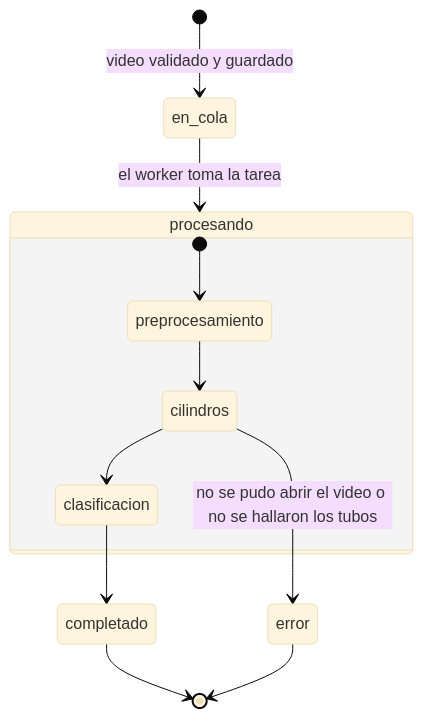
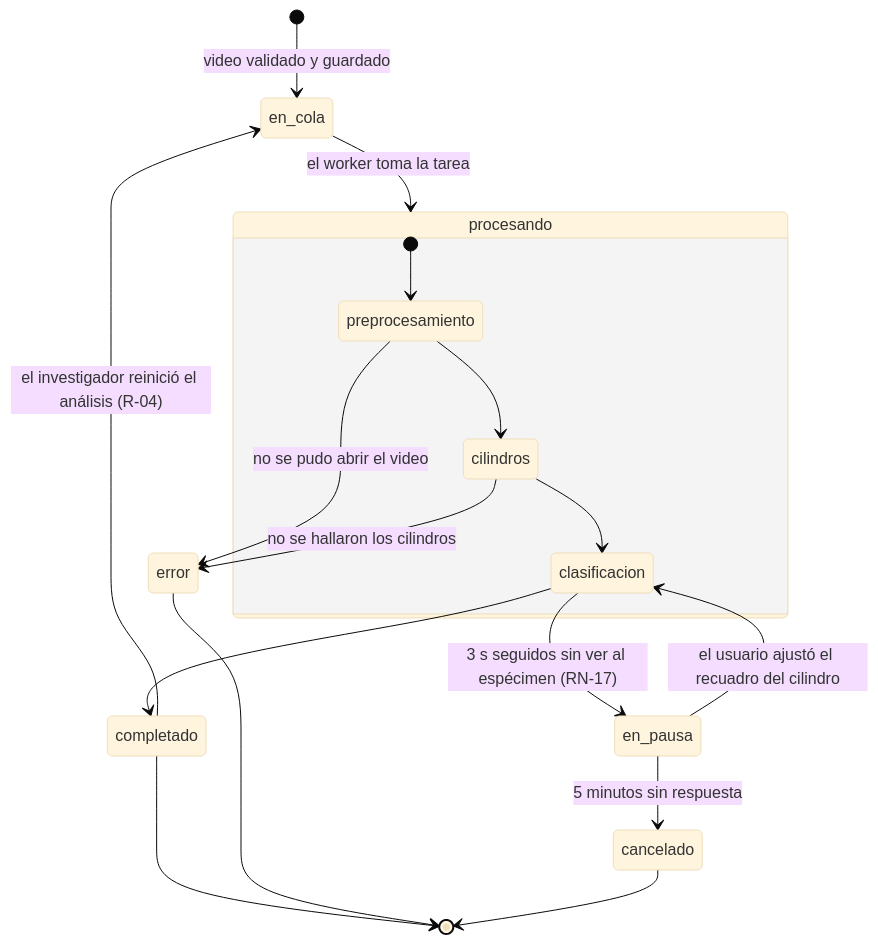
Before and after one commit to ErickJester/fst-ai-system-latex: the second of 38 diagrams in INSTRUCCIONES-WEB.md, drawn with Mermaid (base theme). The commit also changed other lines of this file and 30 other files, not shown here.

````diff
--- a/INSTRUCCIONES-WEB.md
+++ b/INSTRUCCIONES-WEB.md
@@ -171,14 +203,20 @@
 ```mermaid
 stateDiagram-v2
   [*] --> en_cola: video validado y guardado
   en_cola --> procesando: el worker toma la tarea
   state procesando {
     [*] --> preprocesamiento
     preprocesamiento --> cilindros
     cilindros --> clasificacion
   }
-  cilindros --> error: no se pudo abrir el video o no se hallaron los tubos
+  preprocesamiento --> error: no se pudo abrir el video
+  cilindros --> error: no se hallaron los cilindros
   clasificacion --> completado
+  clasificacion --> en_pausa: 3 s seguidos sin ver al espécimen (RN-17)
+  en_pausa --> clasificacion: el usuario ajustó el recuadro del cilindro
+  en_pausa --> cancelado: 5 minutos sin respuesta
+  completado --> en_cola: el investigador reinició el análisis (R-04)
   completado --> [*]
   error --> [*]
+  cancelado --> [*]
 ```
````
